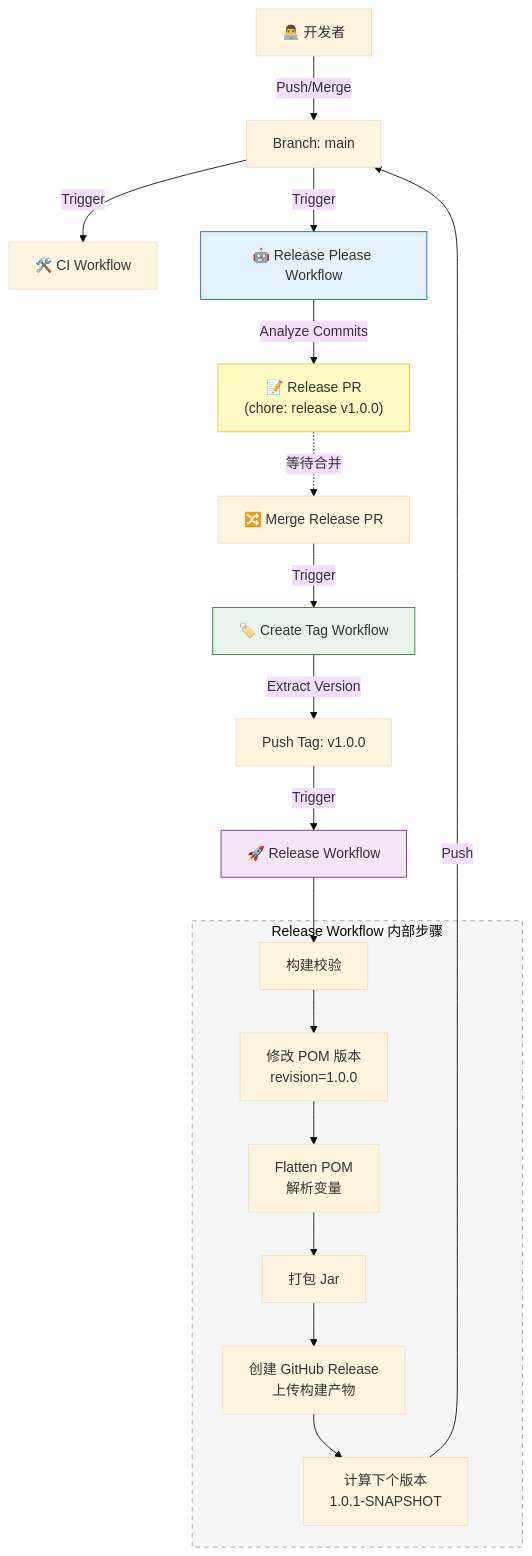
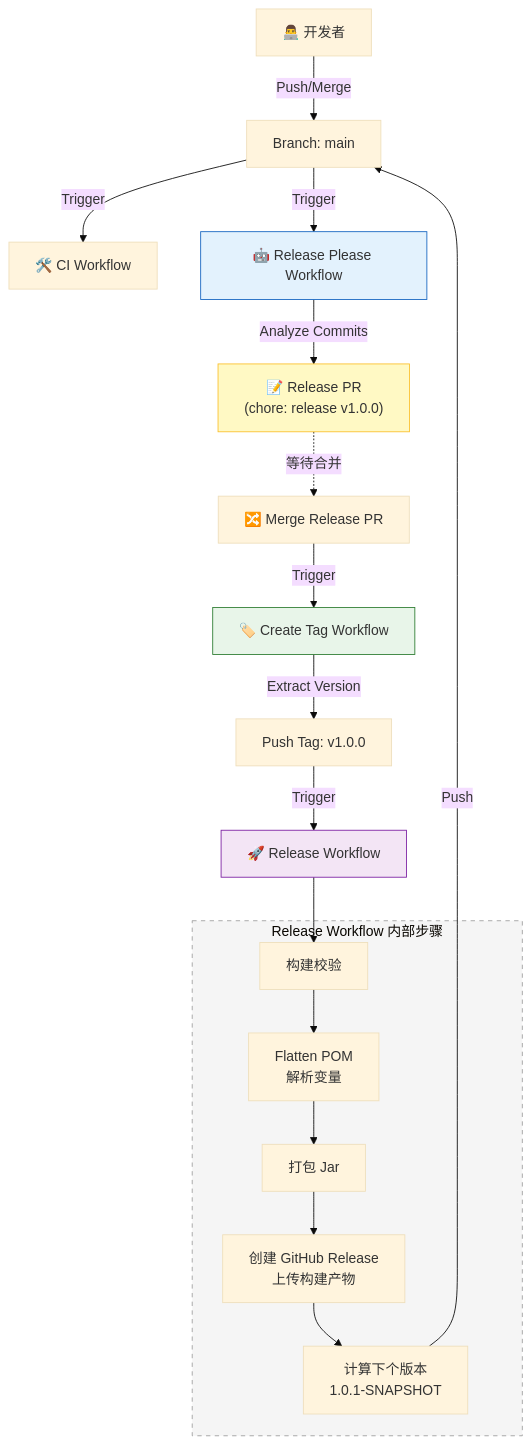
Before and after one commit to Yggdrasil-Labs/midgard-backend-template: the diagram in .github/README.md, drawn with Mermaid (base theme). The commit also changed other lines of this file, not shown here.

````diff
--- a/.github/README.md
+++ b/.github/README.md
@@ -21,41 +21,40 @@
 ```mermaid
 flowchart TD
     %% 角色与触发源
     Dev["👨‍💻 开发者"]
     MainBranch["Branch: main"]
     
     %% 阶段 1: CI 与 发布提案
     Dev -->|Push/Merge| MainBranch
     MainBranch -->|Trigger| CI["🛠️ CI Workflow"]
     MainBranch -->|Trigger| RP["🤖 Release Please Workflow"]
     
     %% 阶段 2: Release PR
     RP -->|Analyze Commits| PRP["📝 Release PR<br/>(chore: release v1.0.0)"]
     PRP -.->|等待合并| MergePR["🔀 Merge Release PR"]
     
     %% 阶段 3: 打 Tag
     MergePR -->|Trigger| CT["🏷️ Create Tag Workflow"]
     CT -->|Extract Version| Tag["Push Tag: v1.0.0"]
     
     %% 阶段 4: 正式发布
     Tag -->|Trigger| Rel["🚀 Release Workflow"]
     
     subgraph ReleaseSteps ["Release Workflow 内部步骤"]
-        Verify["构建校验"] --> UpdatePom["修改 POM 版本<br/>revision=1.0.0"]
-        UpdatePom --> Flatten["Flatten POM<br/>解析变量"]
+        Verify["构建校验"] --> Flatten["Flatten POM<br/>解析变量"]
         Flatten --> Build["打包 Jar"]
         Build --> GHRel["创建 GitHub Release<br/>上传构建产物"]
         GHRel --> Bump["计算下个版本<br/>1.0.1-SNAPSHOT"]
     end
     
     Rel --> Verify
     
     %% 阶段 5: 闭环
     Bump -->|Push| MainBranch
     
     style RP fill:#e3f2fd,stroke:#1565c0
     style PRP fill:#fff9c4,stroke:#fbc02d
     style CT fill:#e8f5e9,stroke:#2e7d32
     style Rel fill:#f3e5f5,stroke:#7b1fa2
     style ReleaseSteps fill:#f5f5f5,stroke:#9e9e9e,stroke-dasharray: 5 5
 ```
````
